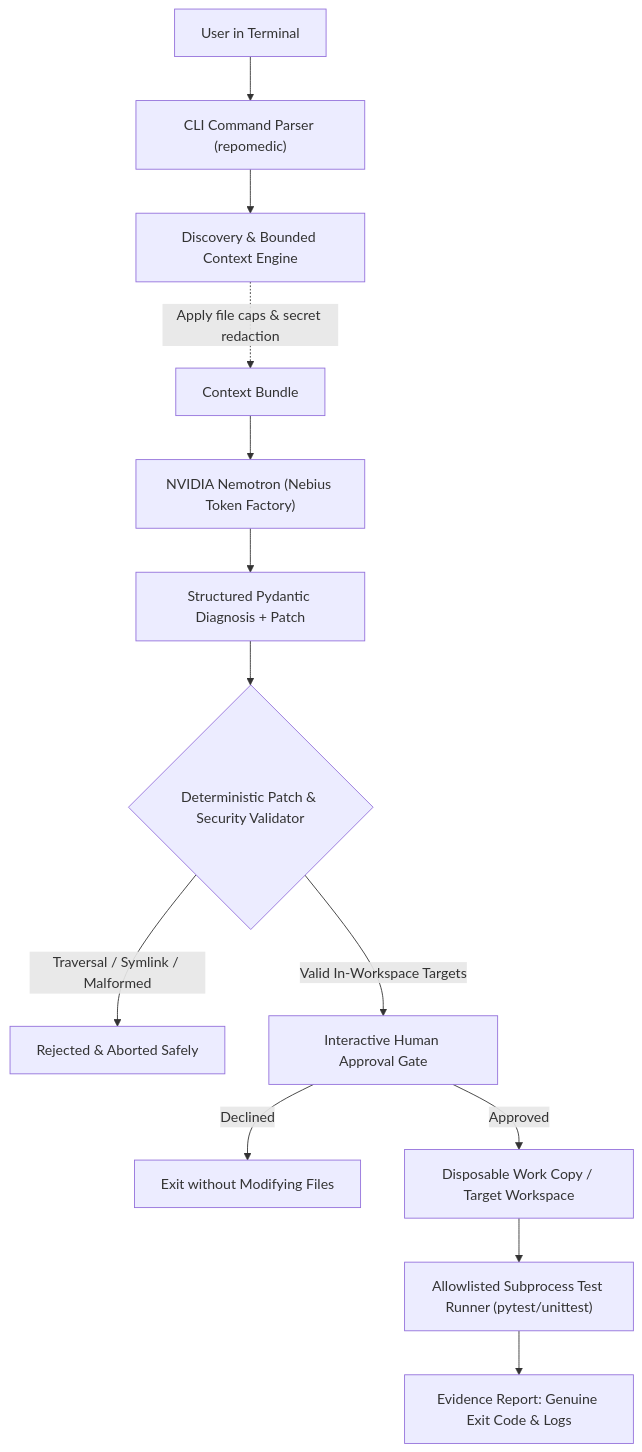
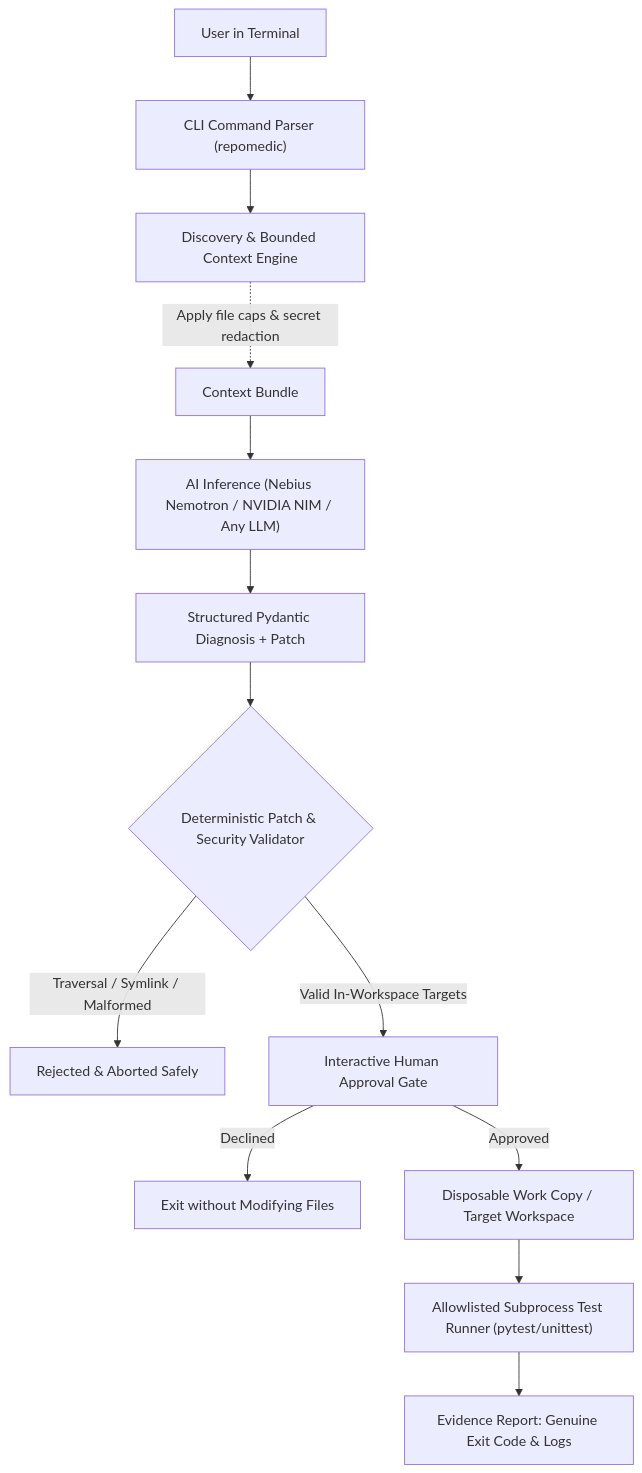
The second of 2 diagrams in README.md (Dev-gautam-roy/coding-cli), drawn with Mermaid before and after one commit. The commit also changed other lines of this file and 5 other files, not shown here.

Commit message:
feat: add multi-provider support for any API key (Nebius, NVIDIA NIM, OpenAI, Groq, OpenRouter, Custom LLMs)

````diff
--- a/README.md
+++ b/README.md
@@ -69,15 +69,15 @@
 ```mermaid
 flowchart TD
     A["User in Terminal"] --> B["CLI Command Parser (repomedic)"]
     B --> C["Discovery & Bounded Context Engine"]
     C -.->|"Apply file caps & secret redaction"| D["Context Bundle"]
-    D --> E["NVIDIA Nemotron (Nebius Token Factory)"]
+    D --> E["AI Inference (Nebius Nemotron / NVIDIA NIM / Any LLM)"]
     E --> F["Structured Pydantic Diagnosis + Patch"]
     F --> G{"Deterministic Patch & Security Validator"}
     G -- "Traversal / Symlink / Malformed" --> H["Rejected & Aborted Safely"]
     G -- "Valid In-Workspace Targets" --> I["Interactive Human Approval Gate"]
     I -- "Declined" --> J["Exit without Modifying Files"]
     I -- "Approved" --> K["Disposable Work Copy / Target Workspace"]
     K --> L["Allowlisted Subprocess Test Runner (pytest/unittest)"]
     L --> M["Evidence Report: Genuine Exit Code & Logs"]
 ```
````
